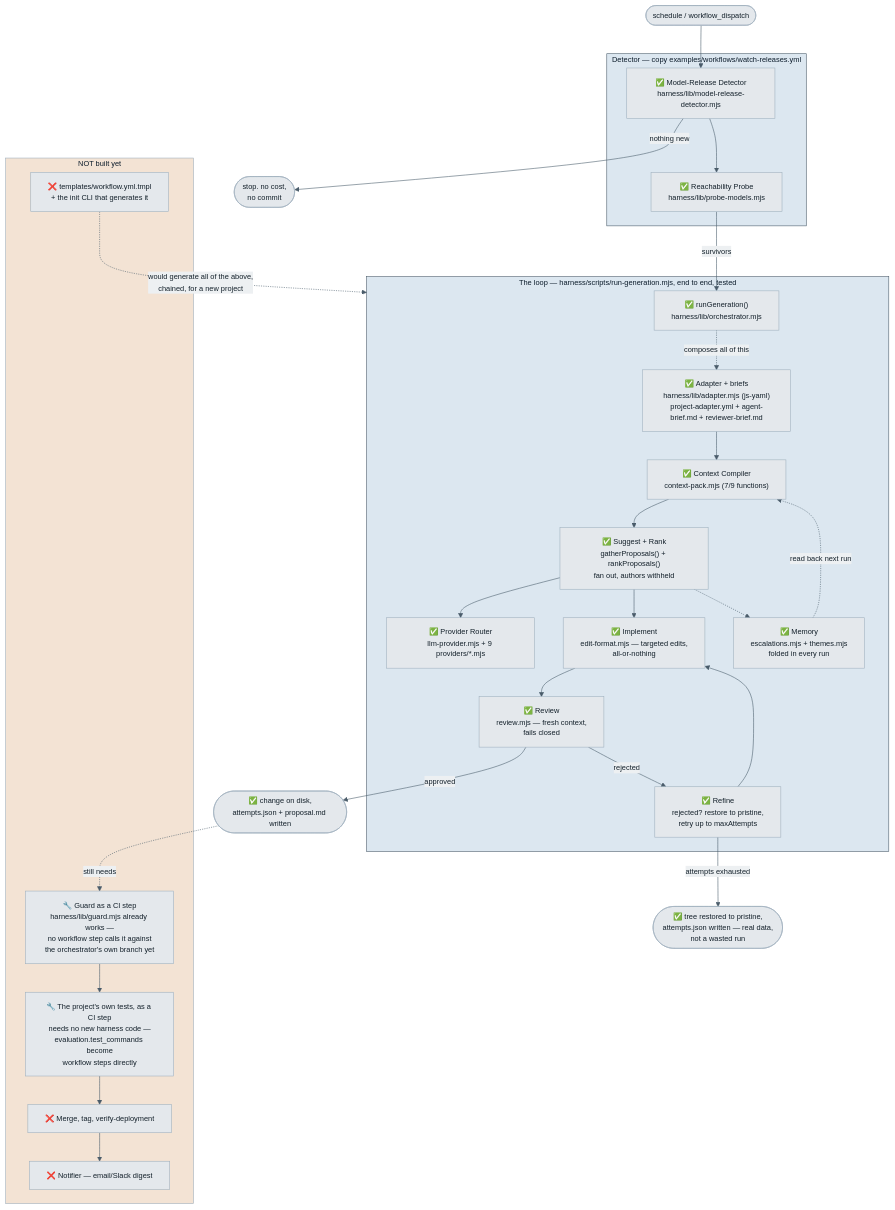
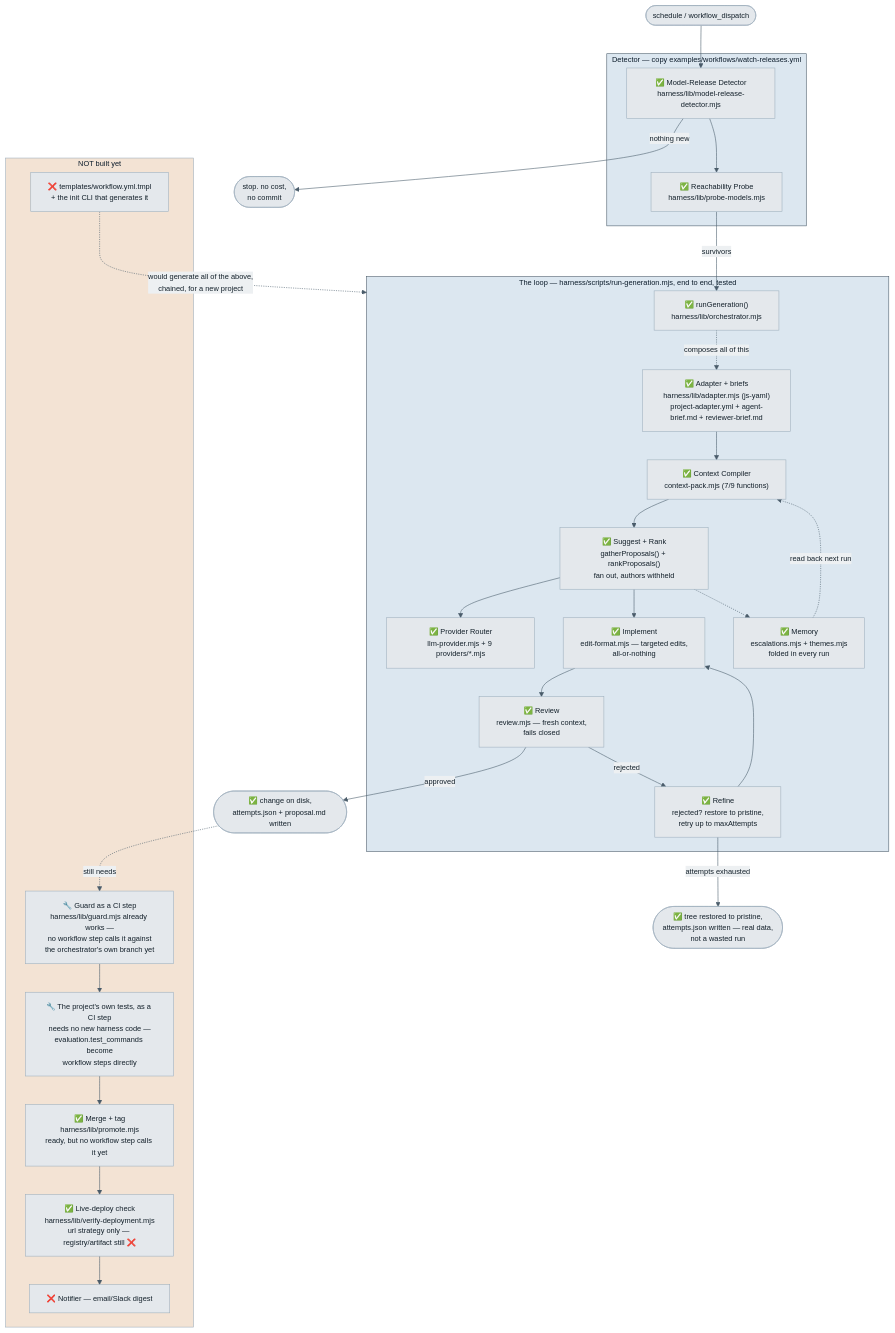
One commit to Chrisfoz/self-optimisation changed the first of 2 diagrams in ARCHITECTURE.md. Above: the diagram before and after it, drawn with Mermaid. The commit also changed other lines of this file and 11 other files, not shown here.

````diff
--- a/ARCHITECTURE.md
+++ b/ARCHITECTURE.md
@@ -26,53 +26,54 @@
 ```mermaid
 %%{init: {"theme":"base","themeVariables":{"fontSize":"13px","primaryColor":"#E4E8EC","primaryTextColor":"#14212B","primaryBorderColor":"#9FB0BE","lineColor":"#4A5C6A","secondaryColor":"#DCE7F0","tertiaryColor":"#F3E3D4","clusterBkg":"#F6F8F9","clusterBorder":"#9FB0BE","edgeLabelBackground":"#EDF0F2","textColor":"#14212B"}}}%%
 flowchart TD
   cron(["schedule / workflow_dispatch"]) --> detector
 
   subgraph detect["Detector — copy examples/workflows/watch-releases.yml"]
     detector["✅ Model-Release Detector<br/>harness/lib/model-release-detector.mjs"]
     probe["✅ Reachability Probe<br/>harness/lib/probe-models.mjs"]
     detector --> probe
   end
 
   detector -->|"nothing new"| idle(["stop. no cost,<br/>no commit"])
   probe -->|"survivors"| rungen
 
   subgraph loop["The loop — harness/scripts/run-generation.mjs, end to end, tested"]
     adapter["✅ Adapter + briefs<br/>harness/lib/adapter.mjs (js-yaml)<br/>project-adapter.yml + agent-brief.md + reviewer-brief.md"]
     rungen["✅ runGeneration()<br/>harness/lib/orchestrator.mjs"]
     router["✅ Provider Router<br/>llm-provider.mjs + 9 providers/*.mjs"]
     context["✅ Context Compiler<br/>context-pack.mjs (7/9 functions)"]
     propose["✅ Suggest + Rank<br/>gatherProposals() + rankProposals()<br/>fan out, authors withheld"]
     executor["✅ Implement<br/>edit-format.mjs — targeted edits,<br/>all-or-nothing"]
     reviewer["✅ Review<br/>review.mjs — fresh context,<br/>fails closed"]
     refine["✅ Refine<br/>rejected? restore to pristine,<br/>retry up to maxAttempts"]
     memory["✅ Memory<br/>escalations.mjs + themes.mjs<br/>folded in every run"]
 
     adapter --> context --> propose
     propose --> router
     propose --> executor --> reviewer
     reviewer -->|"rejected"| refine --> executor
     propose -.-> memory
     memory -.->|"read back next run"| context
   end
 
   rungen -.->|"composes all of this"| adapter
 
   reviewer -->|"approved"| approved(["✅ change on disk,<br/>attempts.json + proposal.md written"])
   refine -->|"attempts exhausted"| abandoned(["✅ tree restored to pristine,<br/>attempts.json written — real data,<br/>not a wasted run"])
 
   subgraph missing["NOT built yet"]
     guardstep["🔧 Guard as a CI step<br/>harness/lib/guard.mjs already works —<br/>no workflow step calls it against<br/>the orchestrator's own branch yet"]
     teststep["🔧 The project's own tests, as a CI step<br/>needs no new harness code —<br/>evaluation.test_commands become<br/>workflow steps directly"]
-    promote["❌ Merge, tag, verify-deployment"]
+    promote["✅ Merge + tag<br/>harness/lib/promote.mjs<br/>ready, but no workflow step calls it yet"]
+    verify["✅ Live-deploy check<br/>harness/lib/verify-deployment.mjs<br/>url strategy only — registry/artifact still ❌"]
     notify["❌ Notifier — email/Slack digest"]
     workflow["❌ templates/workflow.yml.tmpl<br/>+ the init CLI that generates it"]
   end
 
-  approved -.->|"still needs"| guardstep --> teststep --> promote --> notify
+  approved -.->|"still needs"| guardstep --> teststep --> promote --> verify --> notify
   workflow -.->|"would generate all of the above,<br/>chained, for a new project"| loop
 
   style detect fill:#DCE7F0,stroke:#4A5C6A
   style loop fill:#DCE7F0,stroke:#4A5C6A
   style missing fill:#F3E3D4,stroke:#9FB0BE
 ```
````
